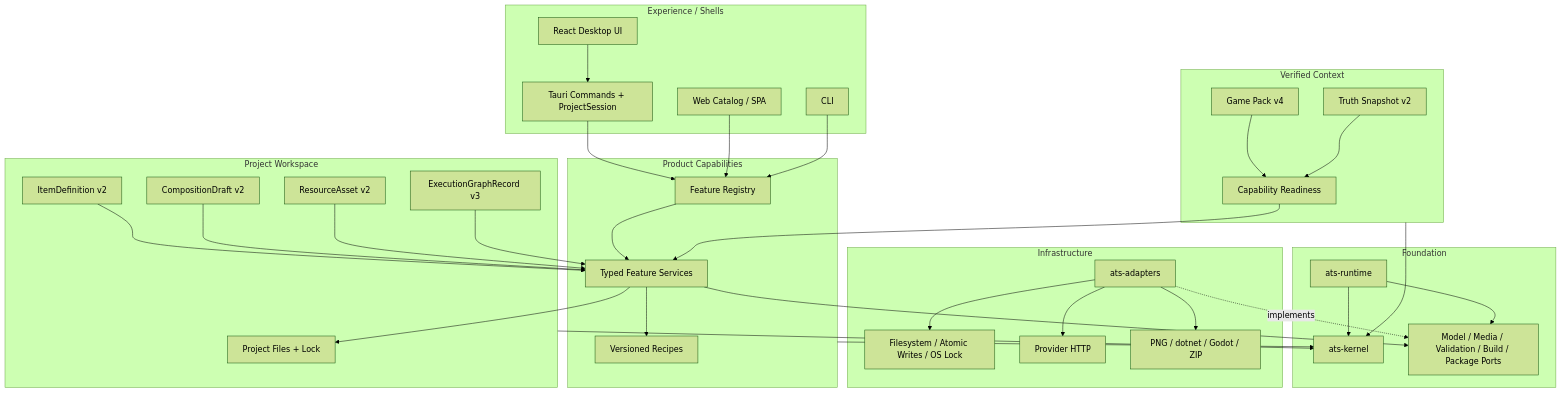
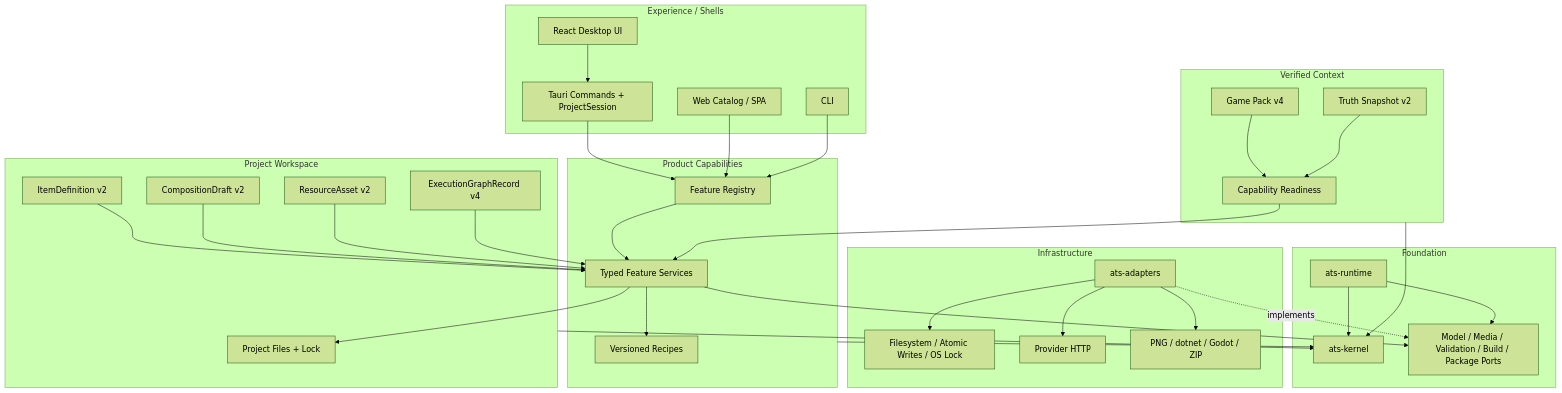
The first of 2 diagrams in docs/01-总览/项目架构总览.md (Frashmeat/AgentForSTS2), drawn with Mermaid (forest theme) before and after one commit. The commit also changed other lines of this file and 31 other files, not shown here.

````diff
--- a/docs/01-总览/项目架构总览.md
+++ b/docs/01-总览/项目架构总览.md
@@ -27,67 +27,67 @@
 ```mermaid
 flowchart TB
     subgraph Shells[Experience / Shells]
         React[React Desktop UI]
         Tauri[Tauri Commands + ProjectSession]
         Web[Web Catalog / SPA]
         CLI[CLI]
     end
 
     subgraph Product[Product Capabilities]
         Registry[Feature Registry]
         Features[Typed Feature Services]
         Recipes[Versioned Recipes]
     end
 
     subgraph Context[Verified Context]
         Pack[Game Pack v4]
         Truth[Truth Snapshot v2]
         Ready[Capability Readiness]
     end
 
     subgraph Workspace[Project Workspace]
         Item[ItemDefinition v2]
         Draft[CompositionDraft v2]
         Resource[ResourceAsset v2]
-        Graph[ExecutionGraphRecord v3]
+        Graph[ExecutionGraphRecord v4]
         Project[Project Files + Lock]
     end
 
     subgraph Foundation[Foundation]
         Kernel[ats-kernel]
         Runtime[ats-runtime]
         Ports[Model / Media / Validation / Build / Package Ports]
     end
 
     subgraph Infrastructure[Infrastructure]
         Adapters[ats-adapters]
         FS[Filesystem / Atomic Writes / OS Lock]
         HTTP[Provider HTTP]
         Tools[PNG / dotnet / Godot / ZIP]
     end
 
     React --> Tauri
     Tauri --> Registry
     Web --> Registry
     CLI --> Registry
     Registry --> Features
     Features --> Recipes
     Pack --> Ready
     Truth --> Ready
     Ready --> Features
     Item --> Features
     Draft --> Features
     Resource --> Features
     Graph --> Features
     Features --> Ports
     Features --> Project
     Runtime --> Ports
     Adapters -. implements .-> Ports
     Adapters --> FS
     Adapters --> HTTP
     Adapters --> Tools
     Product --> Kernel
     Context --> Kernel
     Workspace --> Kernel
     Runtime --> Kernel
 ```
````
